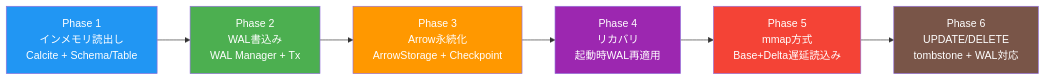
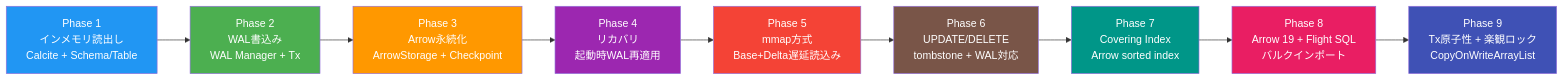
One commit to n-noguchi/example-rdb changed the ninth of 9 diagrams in docs/DESIGN.md. Above: the diagram before and after it, drawn with Mermaid. The commit also changed other lines of this file and 14 other files, not shown here.

````diff
--- a/docs/DESIGN.md
+++ b/docs/DESIGN.md
@@ -457,18 +504,24 @@
 ```mermaid
 graph LR
     P1["Phase 1<br/>インメモリ読出し<br/>Calcite + Schema/Table"]
     P2["Phase 2<br/>WAL書込み<br/>WAL Manager + Tx"]
     P3["Phase 3<br/>Arrow永続化<br/>ArrowStorage + Checkpoint"]
     P4["Phase 4<br/>リカバリ<br/>起動時WAL再適用"]
     P5["Phase 5<br/>mmap方式<br/>Base+Delta遅延読込み"]
     P6["Phase 6<br/>UPDATE/DELETE<br/>tombstone + WAL対応"]
+    P7["Phase 7<br/>Covering Index<br/>Arrow sorted index"]
+    P8["Phase 8<br/>Arrow 19 + Flight SQL<br/>バルクインポート"]
+    P9["Phase 9<br/>Tx原子性 + 楽観ロック<br/>CopyOnWriteArrayList"]
 
-    P1 --> P2 --> P3 --> P4 --> P5 --> P6
+    P1 --> P2 --> P3 --> P4 --> P5 --> P6 --> P7 --> P8 --> P9
 
     style P1 fill:#2196F3,color:#fff
     style P2 fill:#4CAF50,color:#fff
     style P3 fill:#FF9800,color:#fff
     style P4 fill:#9C27B0,color:#fff
     style P5 fill:#F44336,color:#fff
     style P6 fill:#795548,color:#fff
+    style P7 fill:#009688,color:#fff
+    style P8 fill:#E91E63,color:#fff
+    style P9 fill:#3F51B5,color:#fff
 ```
````
